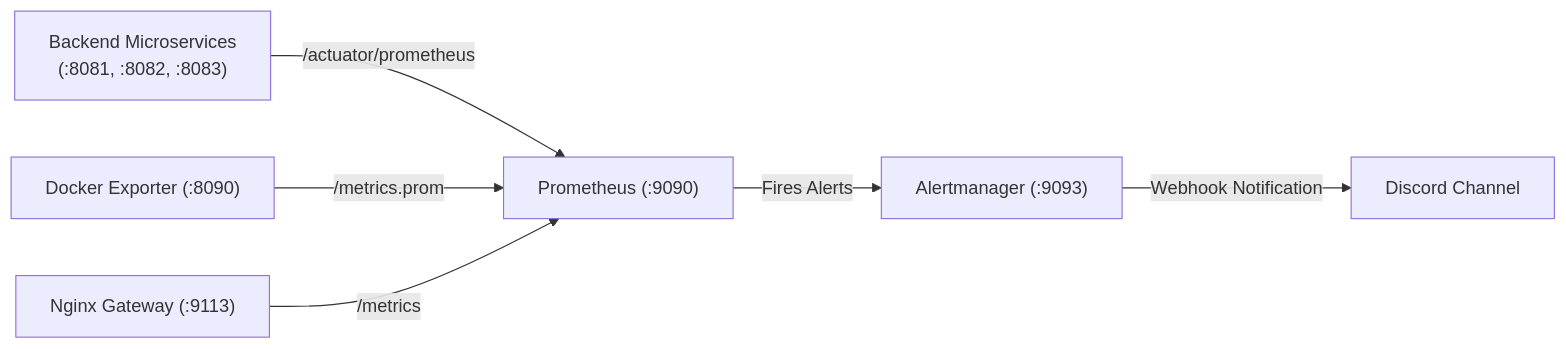
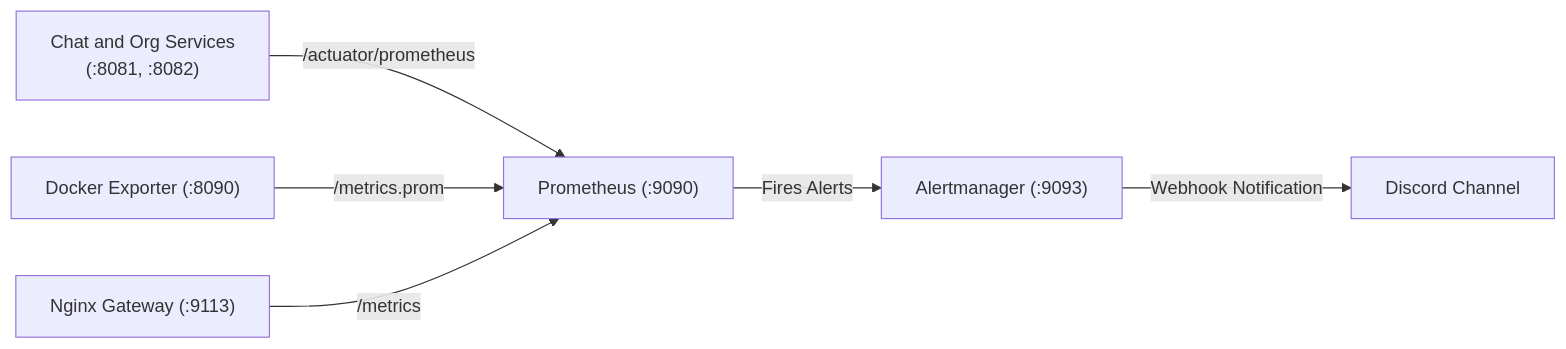
Before and after one commit to Aymanesaj/Guild-chat: the diagram in infra/prometheus/README.md, drawn with Mermaid. The commit also changed other lines of this file and 67 other files, not shown here.

````diff
--- a/infra/prometheus/README.md
+++ b/infra/prometheus/README.md
@@ -11,8 +11,8 @@
 ```mermaid
 flowchart LR
-    Services["Backend Microservices\n(:8081, :8082, :8083)"] -->|/actuator/prometheus| Prom["Prometheus (:9090)"]
+    Services["Chat and Org Services\n(:8081, :8082)"] -->|/actuator/prometheus| Prom["Prometheus (:9090)"]
     DockerExp["Docker Exporter (:8090)"] -->|/metrics.prom| Prom
     NginxExp["Nginx Gateway (:9113)"] -->|/metrics| Prom
     Prom -->|Fires Alerts| AM["Alertmanager (:9093)"]
     AM -->|Webhook Notification| Discord["Discord Channel"]
 ```
````
